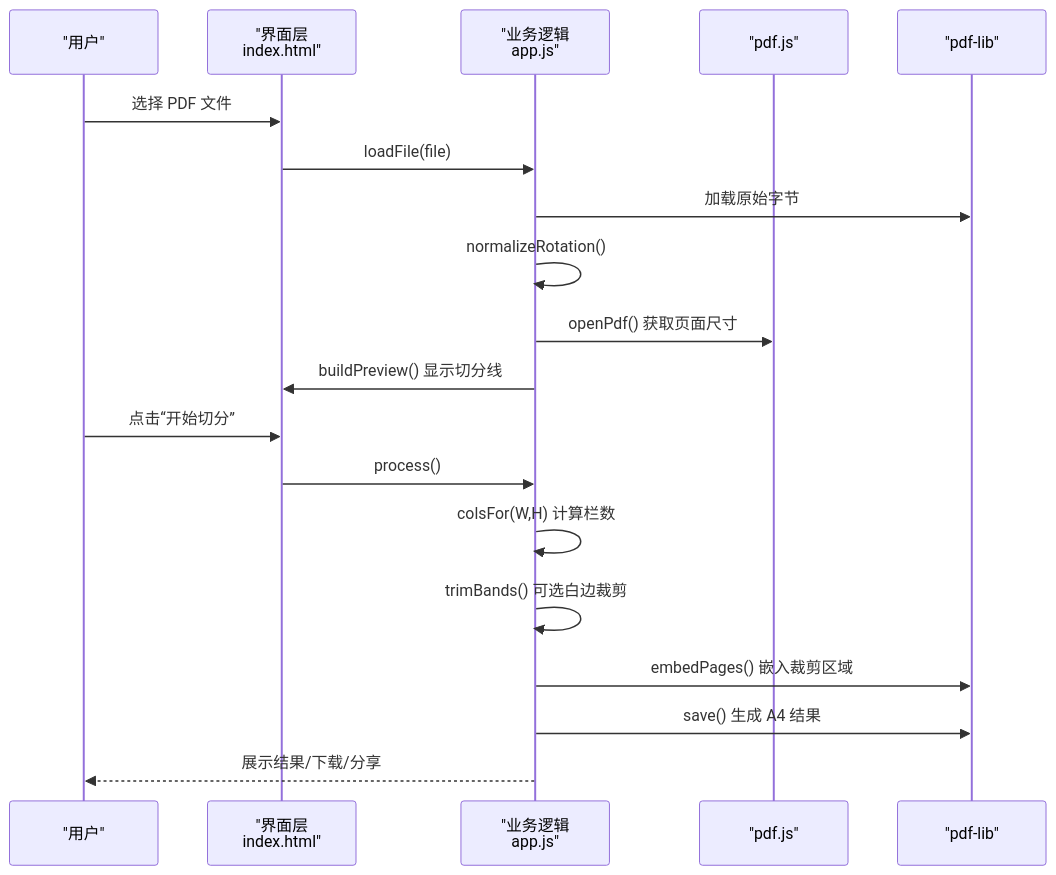
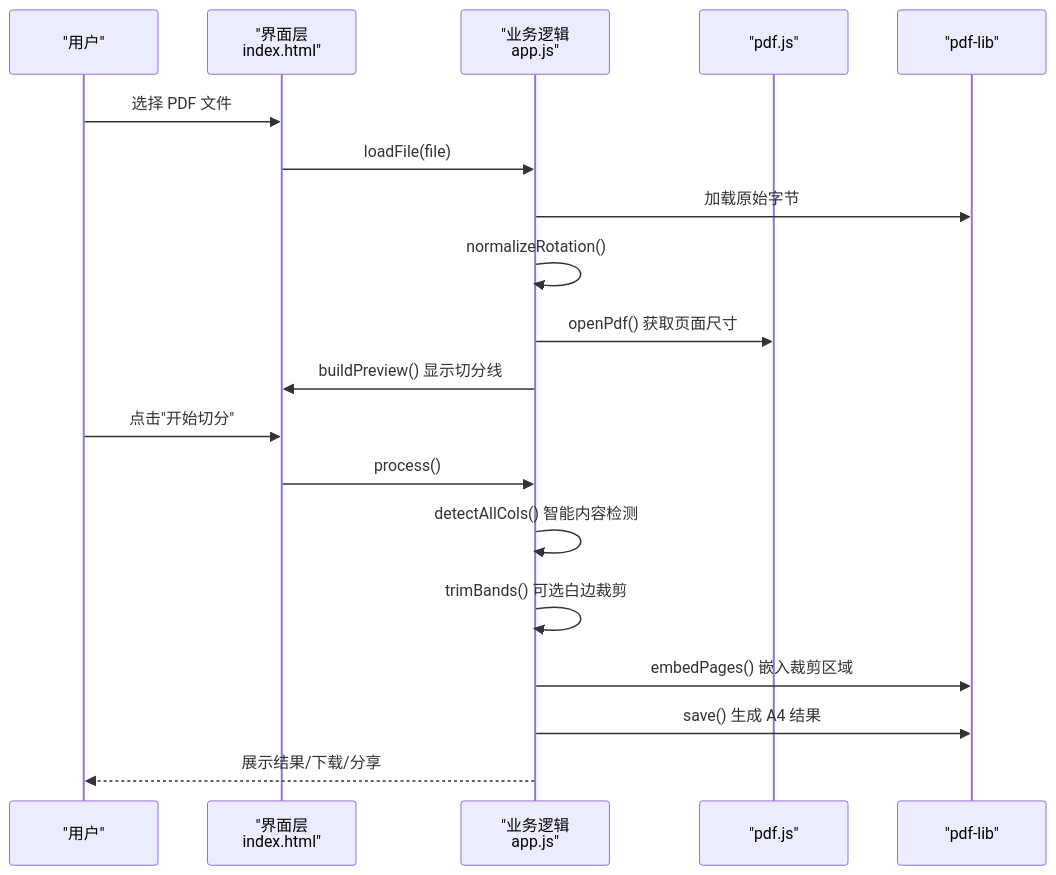
Before and after one commit to wzh8080/PDFTools: the second of 9 diagrams in .qoder/repowiki/zh/content/核心功能实现/智能栏数识别.md, drawn with Mermaid. The commit also changed other lines of this file and 29 other files, not shown here.

````diff
--- a/.qoder/repowiki/zh/content/核心功能实现/智能栏数识别.md
+++ b/.qoder/repowiki/zh/content/核心功能实现/智能栏数识别.md
@@ -60,21 +68,21 @@
 ```mermaid
 sequenceDiagram
 participant User as "用户"
 participant UI as "界面层<br/>index.html"
 participant App as "业务逻辑<br/>app.js"
 participant PDFJS as "pdf.js"
 participant PDFLIB as "pdf-lib"
 User->>UI : 选择 PDF 文件
 UI->>App : loadFile(file)
 App->>PDFLIB : 加载原始字节
 App->>App : normalizeRotation()
 App->>PDFJS : openPdf() 获取页面尺寸
 App->>UI : buildPreview() 显示切分线
-User->>UI : 点击“开始切分”
+User->>UI : 点击"开始切分"
 UI->>App : process()
-App->>App : colsFor(W,H) 计算栏数
+App->>App : detectAllCols() 智能内容检测
 App->>App : trimBands() 可选白边裁剪
 App->>PDFLIB : embedPages() 嵌入裁剪区域
 App->>PDFLIB : save() 生成 A4 结果
 App-->>User : 展示结果/下载/分享
 ```
````
